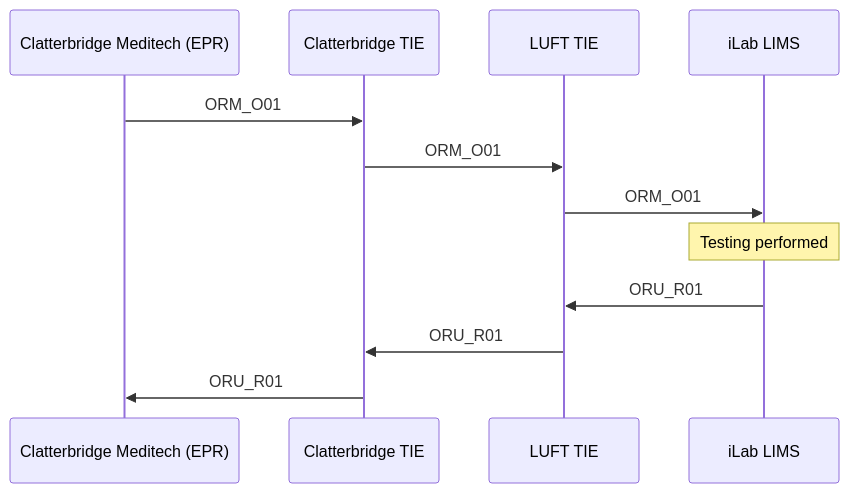
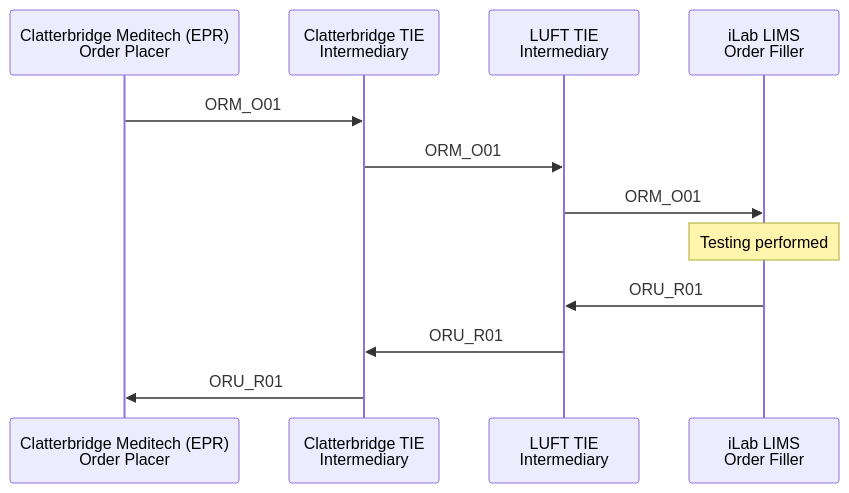
Before and after one commit to nw-gmsa/nw-gmsa.github.com: the second of 5 diagrams in input/pagecontent/HistocompatibilityAndImmunogenetics.md, drawn with Mermaid. The commit also changed other lines of this file and 10 other files, not shown here.

````diff
--- a/input/pagecontent/HistocompatibilityAndImmunogenetics.md
+++ b/input/pagecontent/HistocompatibilityAndImmunogenetics.md
@@ -80,15 +80,15 @@
 ```mermaid
 sequenceDiagram
-    participant CM as Clatterbridge Meditech (EPR)
-    participant CTIE as Clatterbridge TIE
-    participant LTIE as LUFT TIE
-    participant iLab as iLab LIMS
+    participant CM as Clatterbridge Meditech (EPR)<br/>Order Placer
+    participant CTIE as Clatterbridge TIE<br/>Intermediary
+    participant LTIE as LUFT TIE<br/>Intermediary
+    participant iLab as iLab LIMS<br/>Order Filler
 
      CM->>CTIE: ORM_O01
     CTIE->>LTIE: ORM_O01
     LTIE->>iLab: ORM_O01
     Note over iLab: Testing performed
     iLab->>LTIE: ORU_R01
     LTIE->>CTIE: ORU_R01
     CTIE->>CM: ORU_R01
 ```
````
